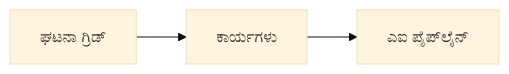
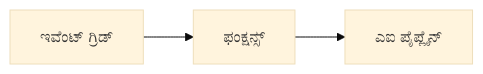
One commit to microsoft/AZD-for-beginners changed the second of 2 diagrams in translations/kn/docs/chapter-08-production/README.md. Above: the diagram before and after it, drawn with Mermaid (base theme). The commit also changed other lines of this file and 5 other files, not shown here.

````diff
--- a/translations/kn/docs/chapter-08-production/README.md
+++ b/translations/kn/docs/chapter-08-production/README.md
@@ -57,4 +57,4 @@
 ```mermaid
 graph LR
-    EventGrid[ಘಟನಾ ಗ್ರಿಡ್] --> Functions[ಕಾರ್ಯಗಳು] --> Pipeline[ಎಐ ಪೈಪ್‌ಲೈನ್]
+    EventGrid[ಇವೆಂಟ್ ಗ್ರಿಡ್] --> Functions[ಫಂಕ್ಷನ್ಸ್] --> Pipeline[ಎಐ ಪೈಪ್ಲೈನ್]
 ```
````
